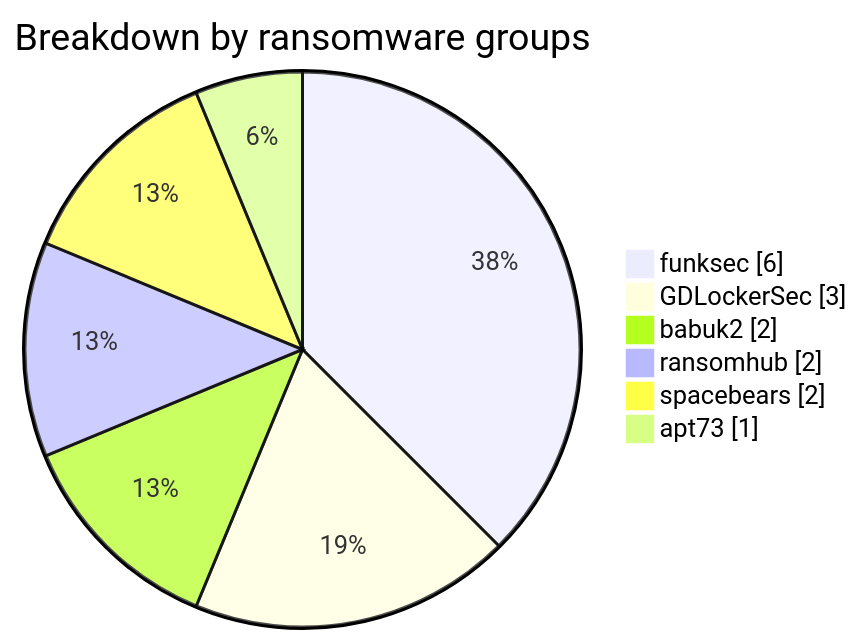
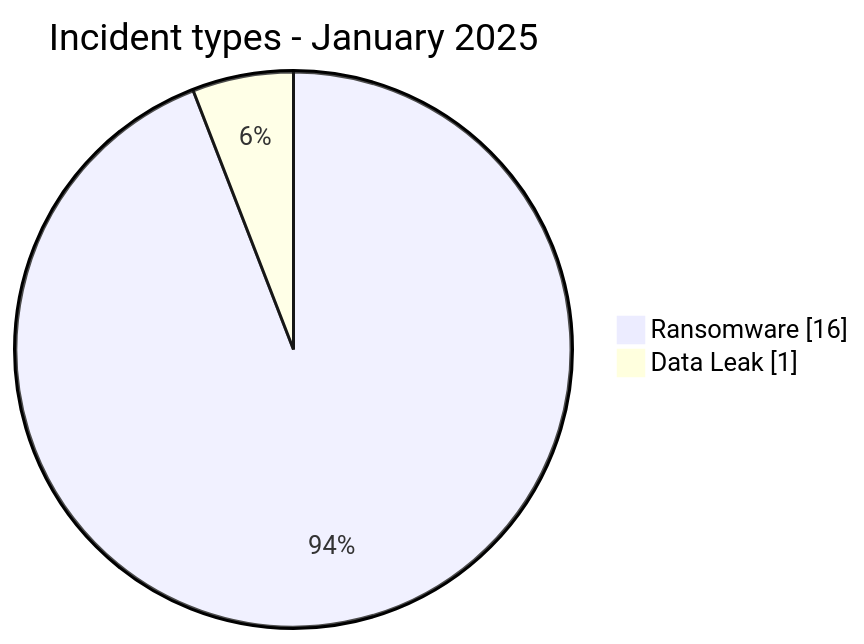
Before and after one commit to Hatchepsoute/AFRINTEL: the first of 7 diagrams in CyberAttackAfrica/2025/01-january/README.md, drawn with Mermaid. The commit also changed other lines of this file and 45 other files, not shown here.

````diff
--- a/CyberAttackAfrica/2025/01-january/README.md
+++ b/CyberAttackAfrica/2025/01-january/README.md
@@ -33,10 +65,6 @@
 ```mermaid
 pie showData
-    title Breakdown by ransomware groups
-    "funksec" : 6
-    "GDLockerSec" : 3
-    "babuk2" : 2
-    "ransomhub" : 2
-    "spacebears" : 2
-    "apt73" : 1
+    title Incident types - January 2025
+    "Ransomware" : 16
+    "Data Leak" : 1
 ```
````
